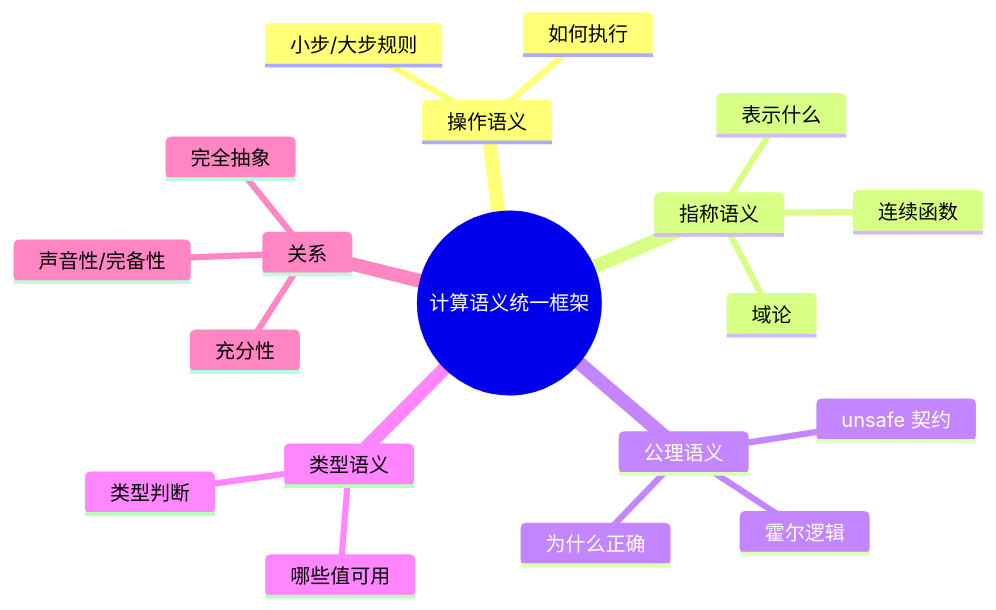
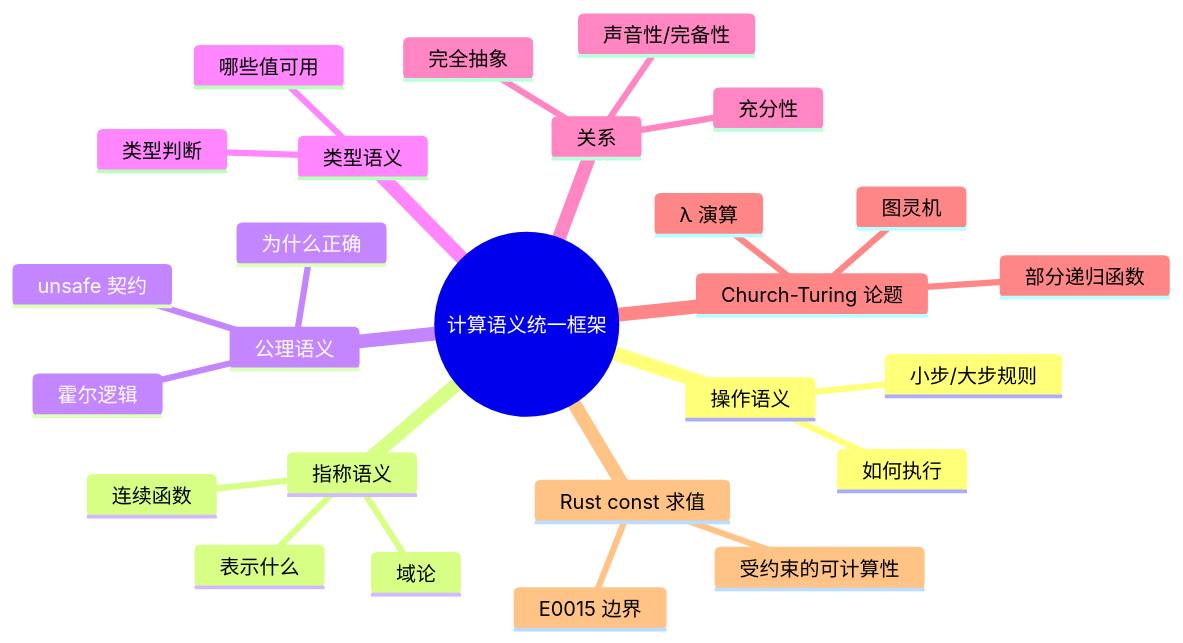
The diagram in concept/04_formal/11_computational_models/01_computational_semantics_framework.md (martin-ly/rust-lang), drawn with Mermaid before and after one commit. The commit also changed other lines of this file and 28 other files, not shown here.

````diff
--- a/concept/04_formal/11_computational_models/01_computational_semantics_framework.md
+++ b/concept/04_formal/11_computational_models/01_computational_semantics_framework.md
@@ -237,22 +287,29 @@
 ```mermaid
 mindmap
   root((计算语义统一框架))
     操作语义
       如何执行
       小步/大步规则
     指称语义
       表示什么
       域论
       连续函数
     公理语义
       为什么正确
       霍尔逻辑
       unsafe 契约
     类型语义
       哪些值可用
       类型判断
     关系
       充分性
       完全抽象
       声音性/完备性
+    Church-Turing 论题
+      图灵机
+      λ 演算
+      部分递归函数
+    Rust const 求值
+      受约束的可计算性
+      E0015 边界
 ```
````
